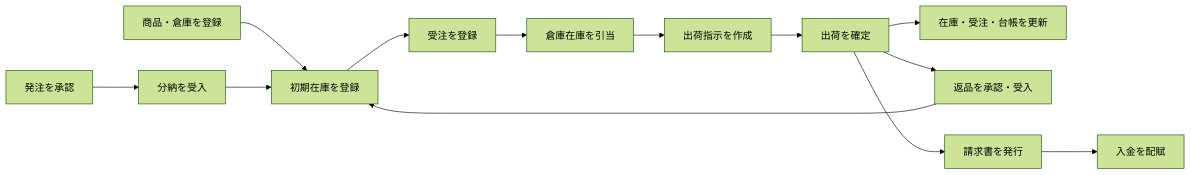
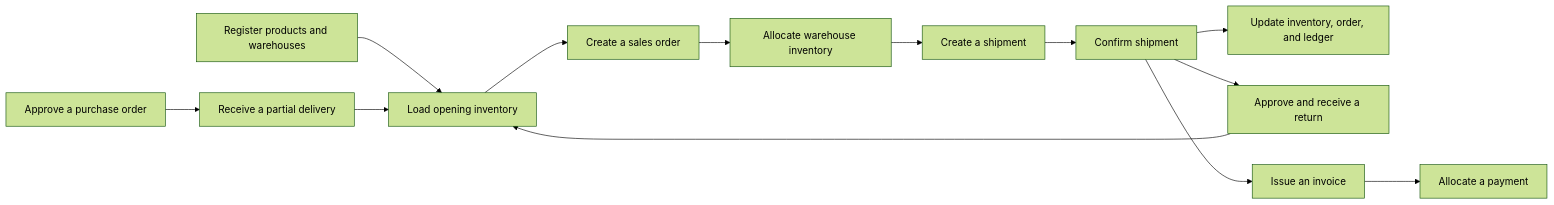
The diagram in README.md (kodaimura/humq-sample), drawn with Mermaid (forest theme) before and after one commit. The commit also changed other lines of this file and 1 other file, not shown here.

````diff
--- a/README.md
+++ b/README.md
@@ -21,15 +23,15 @@
 ```mermaid
 flowchart LR
-    A["商品・倉庫を登録"] --> B["初期在庫を登録"]
-    B --> C["受注を登録"]
-    C --> D["倉庫在庫を引当"]
-    D --> E["出荷指示を作成"]
-    E --> F["出荷を確定"]
-    F --> G["在庫・受注・台帳を更新"]
-    H["発注を承認"] --> I["分納を受入"]
+    A["Register products and warehouses"] --> B["Load opening inventory"]
+    B --> C["Create a sales order"]
+    C --> D["Allocate warehouse inventory"]
+    D --> E["Create a shipment"]
+    E --> F["Confirm shipment"]
+    F --> G["Update inventory, order, and ledger"]
+    H["Approve a purchase order"] --> I["Receive a partial delivery"]
     I --> B
-    F --> J["返品を承認・受入"]
+    F --> J["Approve and receive a return"]
     J --> B
-    F --> K["請求書を発行"]
-    K --> L["入金を配賦"]
+    F --> K["Issue an invoice"]
+    K --> L["Allocate a payment"]
 ```
````
